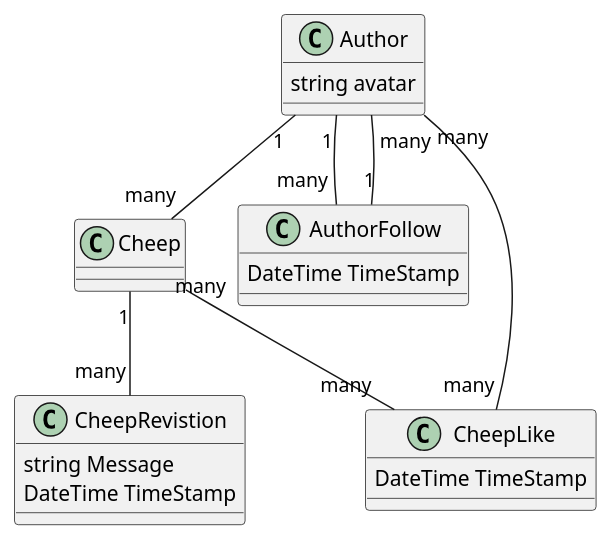
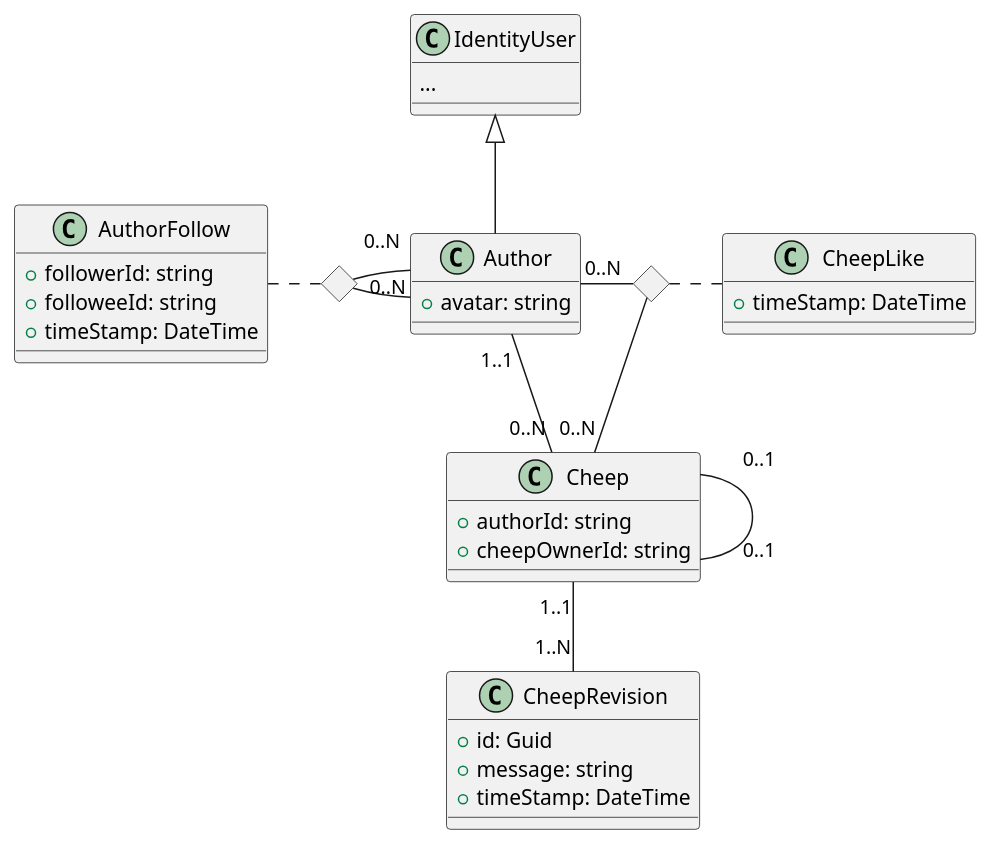
One commit to ITU-BDSA2024-GROUP17/Chirp changed the diagram in docs/diagrams/domain-model.pu. Above: the diagram before and after it, drawn with PlantUML. The commit also changed 1 other file, not shown here.

Commit message:
Update diagram along with more descriptive text.

```diff
--- a/docs/diagrams/domain-model.pu
+++ b/docs/diagrams/domain-model.pu
@@ -1,18 +1,47 @@
 @startuml domain-model
-Author "1" -- "many" Cheep
-Author "1" -- "many" AuthorFollow
-AuthorFollow "1" -- "many" Author
+class IdentityUser {
+    ...
+}
 
-Cheep "1" -- "many" CheepRevistion
-Cheep "many" -- "many" CheepLike
-CheepLike "many" -- "many" Author
+class Author {
+    +avatar: string
+}
 
-Author : string avatar
+class AuthorFollow {
+    +followerId: string
+    +followeeId: string
+    +timeStamp: DateTime
+}
 
-AuthorFollow : DateTime TimeStamp
+class Cheep {
+    +authorId: string
+    +cheepOwnerId: string
+}
 
-CheepLike : DateTime TimeStamp
+class CheepLike {
+    +timeStamp: DateTime
+}
 
-CheepRevistion : string Message
-CheepRevistion : DateTime TimeStamp
+class CheepRevision {
+    +id: Guid
+    +message: string
+    +timeStamp: DateTime
+}
+
+IdentityUser <|-- Author
+
+Author "1..1" -- "0..N" Cheep
+
+<> follows
+AuthorFollow . follows
+follows - "0..N   " Author
+follows - "0..N   " Author
+
+Cheep "1..1" -- "1..N" CheepRevision
+Cheep "      0..1" -- "      0..1" Cheep
+
+<> likes
+likes . CheepLike
+Author - "0..N" likes
+likes - "0..N" Cheep
 @enduml
```
